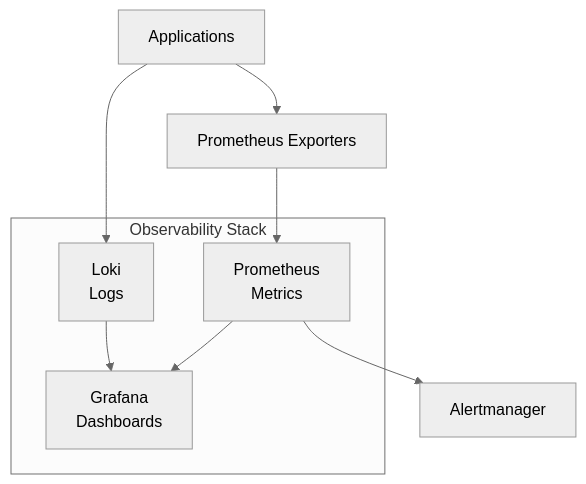
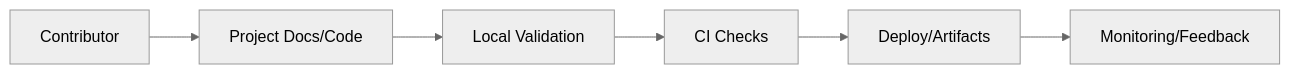
The first of 2 diagrams in projects/p20-observability/README.md (samueljackson-collab/Portfolio-Project), drawn with Mermaid (neutral theme) before and after one commit. The commit also changed other lines of this file and 85 other files, not shown here.

````diff
--- a/projects/p20-observability/README.md
+++ b/projects/p20-observability/README.md
@@ -20,19 +27,8 @@
 ```mermaid
-flowchart TB
-    App[Applications]
-    Exporter[Prometheus Exporters]
-
-    subgraph Observability Stack
-        Prom[Prometheus<br/>Metrics]
-        Loki[Loki<br/>Logs]
-        Grafana[Grafana<br/>Dashboards]
-    end
-
-    Alert[Alertmanager]
-
-    App --> Exporter --> Prom
-    App --> Loki
-    Prom --> Grafana
-    Loki --> Grafana
-    Prom --> Alert
+flowchart LR
+  A[Contributor] --> B[Project Docs/Code]
+  B --> C[Local Validation]
+  C --> D[CI Checks]
+  D --> E[Deploy/Artifacts]
+  E --> F[Monitoring/Feedback]
 ```
````
